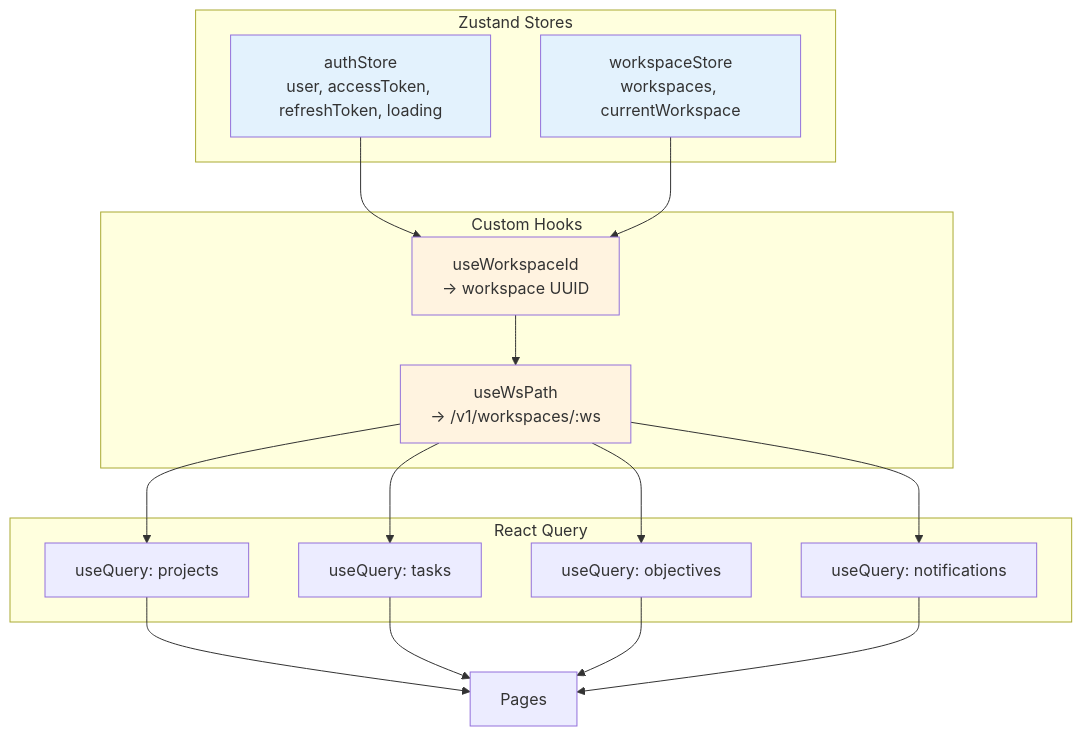
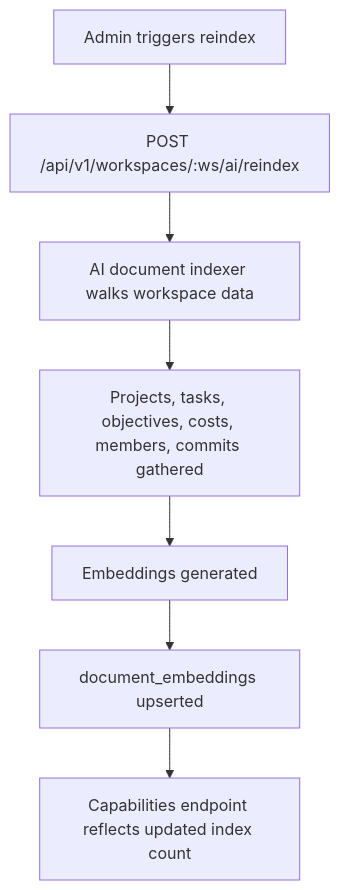
The seventh of 8 diagrams in docs/FLOWCHARTS.md (cvrvai/OPPM-AI-work-management-system), drawn with Mermaid before and after one commit. The commit also changed other lines of this file and 12 other files, not shown here.

````diff
--- a/docs/FLOWCHARTS.md
+++ b/docs/FLOWCHARTS.md
@@ -223,37 +117,9 @@
 ```mermaid
 flowchart TD
-    subgraph Zustand Stores
-        AS[authStore<br/>user, accessToken, refreshToken, loading]
-        WS[workspaceStore<br/>workspaces, currentWorkspace]
-    end
-
-    subgraph React Query
-        RQ1[useQuery: projects]
-        RQ2[useQuery: tasks]
-        RQ3[useQuery: objectives]
-        RQ4[useQuery: notifications]
-    end
-
-    subgraph Custom Hooks
-        UW[useWorkspaceId<br/>→ workspace UUID]
-        UP[useWsPath<br/>→ /v1/workspaces/:ws]
-    end
-
-    AS --> UW
-    WS --> UW
-    UW --> UP
-    UP --> RQ1
-    UP --> RQ2
-    UP --> RQ3
-    UP --> RQ4
-
-    RQ1 --> Pages
-    RQ2 --> Pages
-    RQ3 --> Pages
-    RQ4 --> Pages
-
-    style AS fill:#e3f2fd
-    style WS fill:#e3f2fd
-    style UW fill:#fff3e0
-    style UP fill:#fff3e0
+    A[Admin triggers reindex] --> B[POST /api/v1/workspaces/:ws/ai/reindex]
+    B --> C[AI document indexer walks workspace data]
+    C --> D[Projects, tasks, objectives, costs, members, commits gathered]
+    D --> E[Embeddings generated]
+    E --> F[document_embeddings upserted]
+    F --> G[Capabilities endpoint reflects updated index count]
 ```
````
